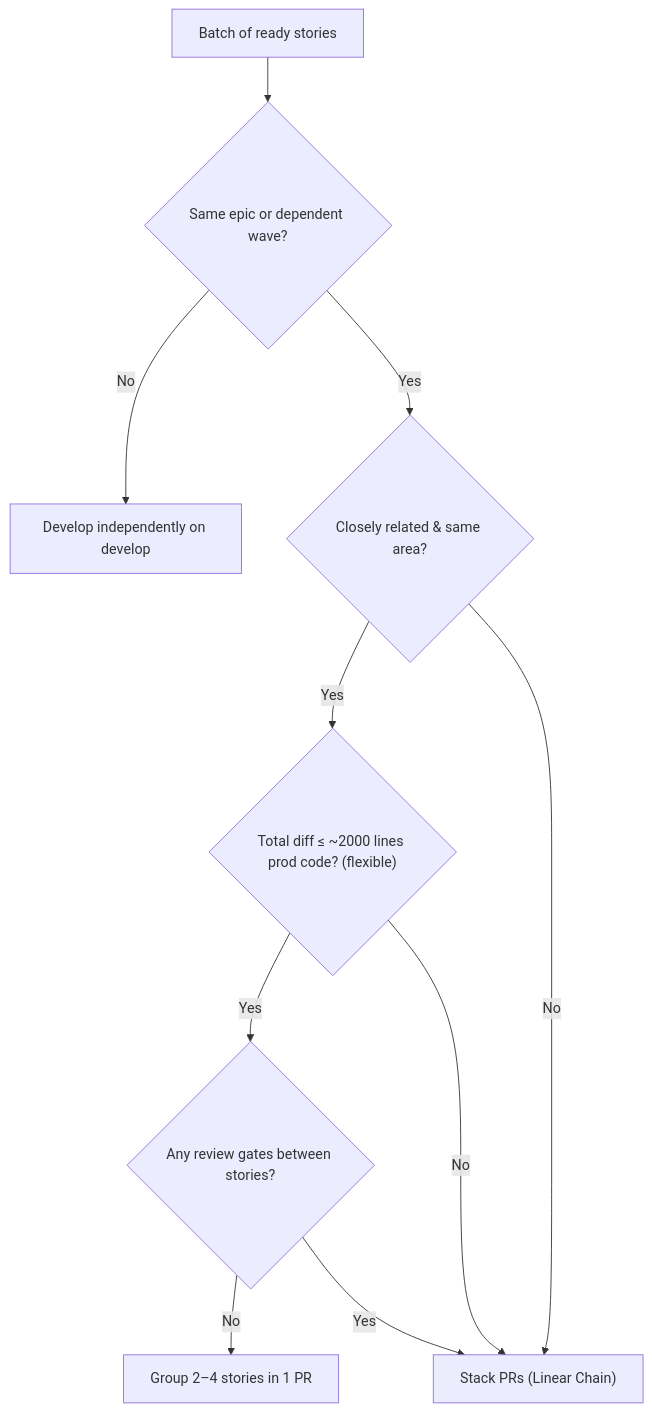
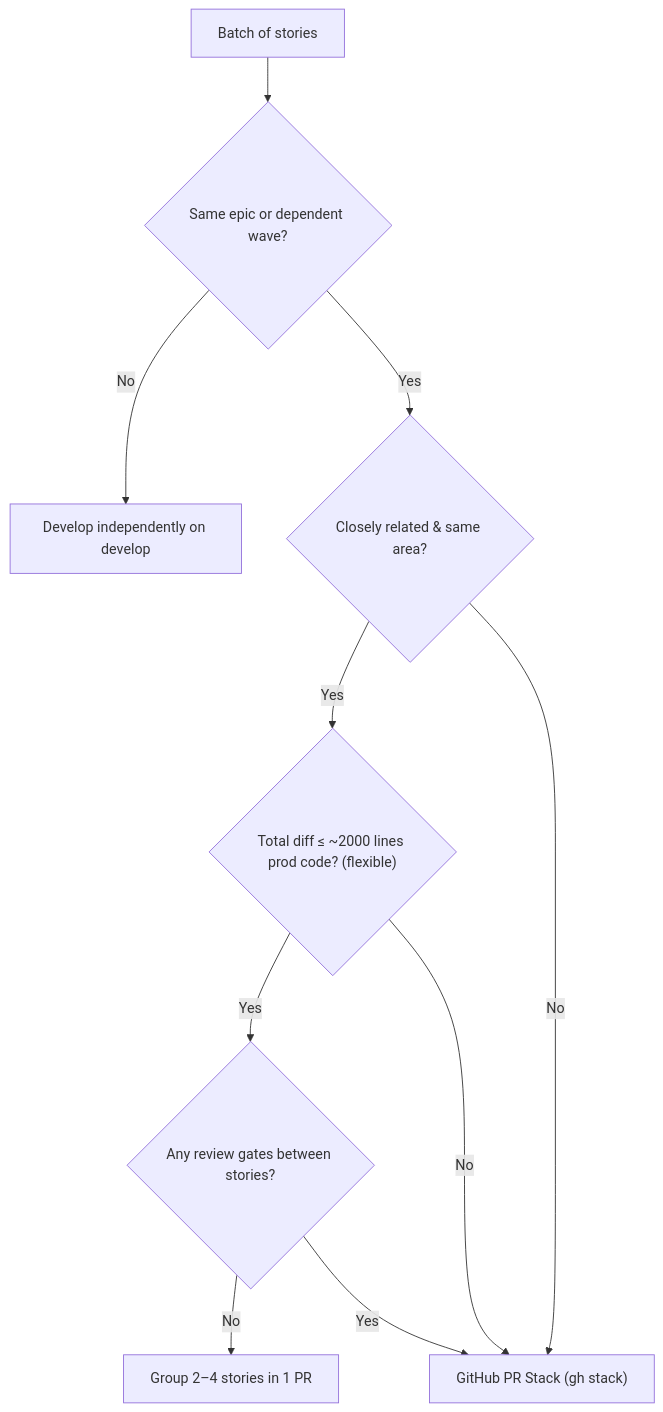
One commit to mikael-dzoss/foodbiz-pwa changed the diagram in .agents/skills/stacked-pr-workflow/SKILL.md. Above: the diagram before and after it, drawn with Mermaid. The commit also changed other lines of this file and 2 other files, not shown here.

Commit message:
docs(infra): update stacked PR workflow guidelines for gh stack (#119)

````diff
--- a/.agents/skills/stacked-pr-workflow/SKILL.md
+++ b/.agents/skills/stacked-pr-workflow/SKILL.md
@@ -14,12 +16,12 @@
 ```mermaid
 flowchart TD
-  Start["Batch of ready stories"] --> CheckDomain{"Same epic or dependent wave?"}
+  Start["Batch of stories"] --> CheckDomain{"Same epic or dependent wave?"}
   CheckDomain -- No --> Independent["Develop independently on develop"]
   CheckDomain -- Yes --> CheckSize{"Closely related & same area?"}
   CheckSize -- Yes --> CheckTotal{"Total diff ≤ ~2000 lines prod code? (flexible)"}
   CheckTotal -- Yes --> CheckGate{"Any review gates between stories?"}
   CheckGate -- No --> Group["Group 2–4 stories in 1 PR"]
-  CheckGate -- Yes --> Stack["Stack PRs (Linear Chain)"]
+  CheckGate -- Yes --> Stack["GitHub PR Stack (gh stack)"]
   CheckSize -- No --> Stack
   CheckTotal -- No --> Stack
 ```
````
